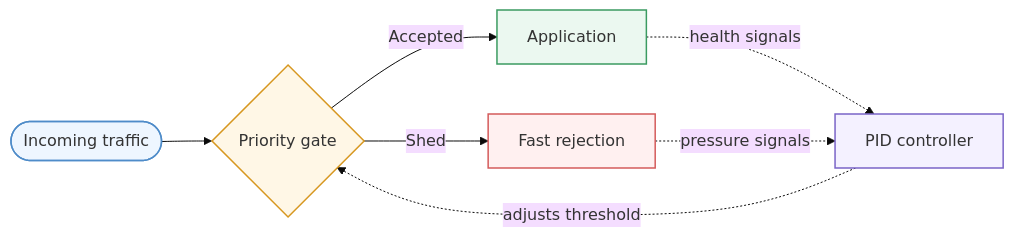
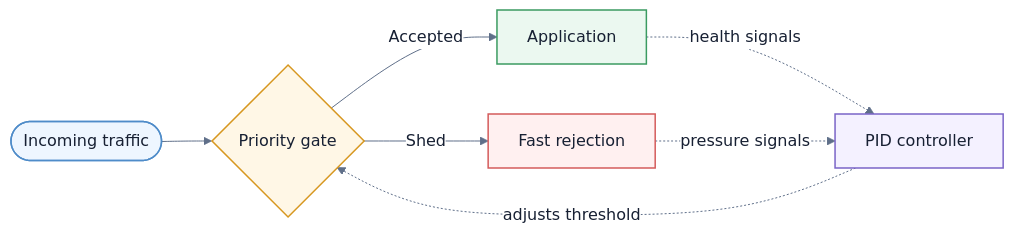
One commit to jfrz38/rate-limit-pid-controller changed the diagram in README.md. Above: the diagram before and after it, drawn with Mermaid.

Commit message:
Update Mermaid diagram styles in README.md

````diff
--- a/README.md
+++ b/README.md
@@ -39,17 +39,17 @@
 ```mermaid
-%%{init: {'theme': 'base', 'themeVariables': {'fontFamily': 'Inter, Arial, sans-serif'}, 'flowchart': {'curve': 'basis'}}}%%
+%%{init: {'theme': 'base', 'themeVariables': {'fontFamily': 'Inter, Arial, sans-serif', 'primaryTextColor': '#172033', 'lineColor': '#5f6f89', 'textColor': '#172033', 'edgeLabelBackground': '#ffffff'}, 'flowchart': {'curve': 'basis'}}}%%
 flowchart LR
   Traffic([Incoming traffic]) --> Gate{Priority gate}
   Gate -->|Accepted| App[Application]
   Gate -->|Shed| Rejected[Fast rejection]
 
   App -. health signals .-> Controller[PID controller]
   Rejected -. pressure signals .-> Controller
   Controller -. adjusts threshold .-> Gate
 
-  style Traffic fill:#eef6ff,stroke:#4f8cc9,stroke-width:1.5px
-  style Gate fill:#fff7e6,stroke:#d7971f,stroke-width:1.5px
-  style App fill:#ebf8f0,stroke:#3b9b61,stroke-width:1.5px
-  style Rejected fill:#fff0f0,stroke:#d45b5b,stroke-width:1.5px
-  style Controller fill:#f4f1ff,stroke:#7a64c7,stroke-width:1.5px
+  style Traffic fill:#eef6ff,stroke:#4f8cc9,stroke-width:1.5px,color:#172033
+  style Gate fill:#fff7e6,stroke:#d7971f,stroke-width:1.5px,color:#172033
+  style App fill:#ebf8f0,stroke:#3b9b61,stroke-width:1.5px,color:#172033
+  style Rejected fill:#fff0f0,stroke:#d45b5b,stroke-width:1.5px,color:#172033
+  style Controller fill:#f4f1ff,stroke:#7a64c7,stroke-width:1.5px,color:#172033
 ```
````
